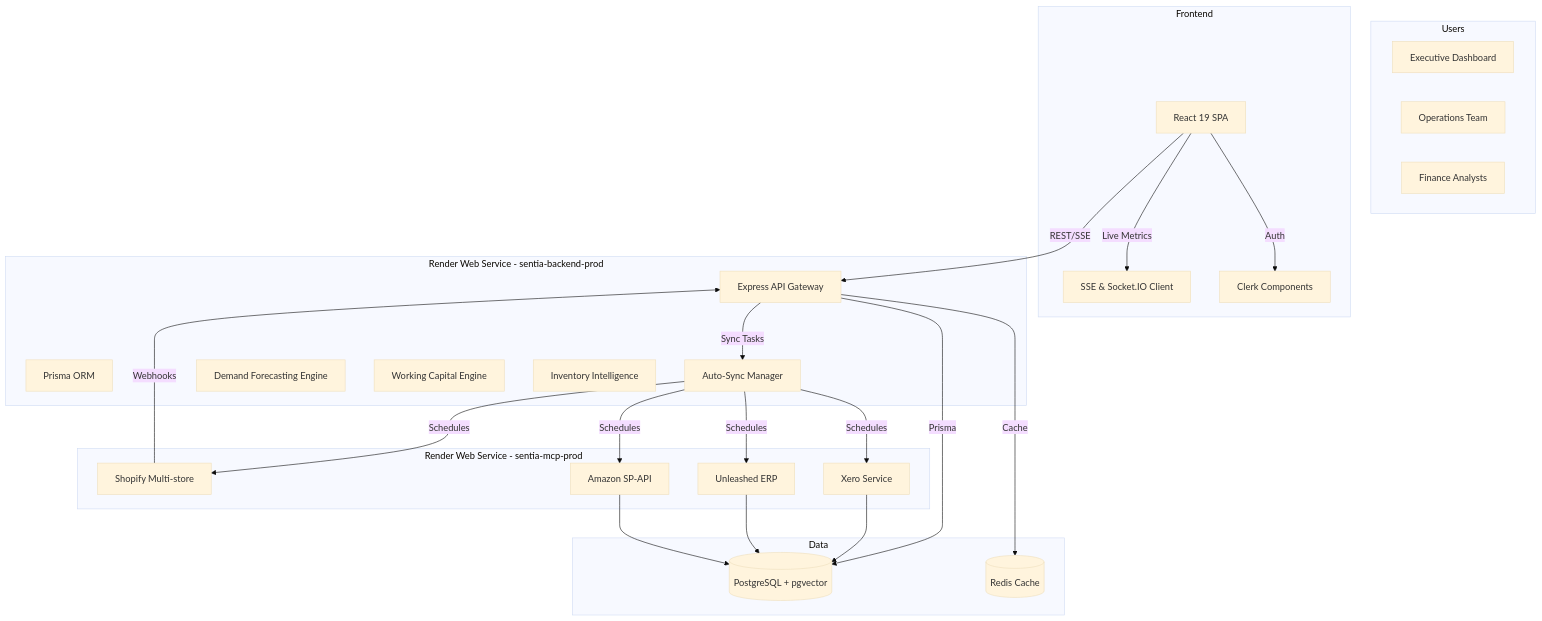
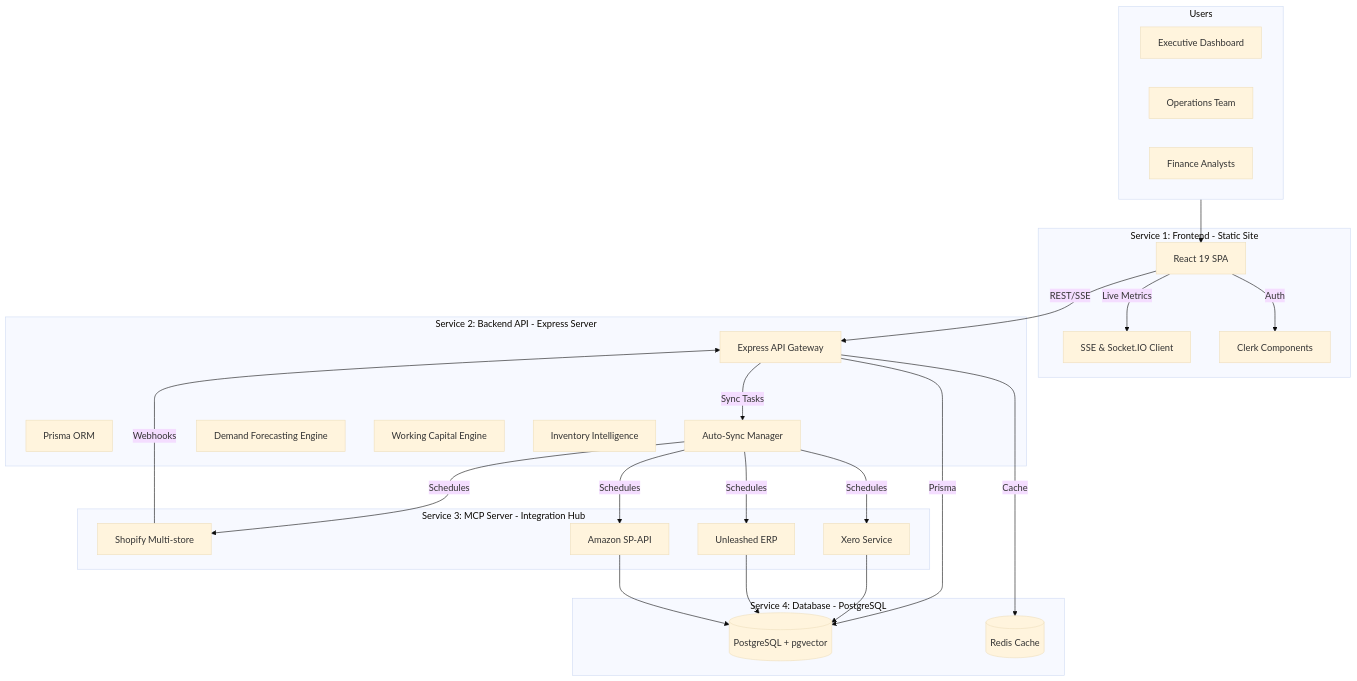
One commit to The-social-drink-company/sentia-ai-manufacturing-app changed the diagram in FINAL_IMPLEMENTATION_GUIDE.md. Above: the diagram before and after it, drawn with Mermaid (base theme). The commit also changed other lines of this file and 8 other files, not shown here.

````diff
--- a/FINAL_IMPLEMENTATION_GUIDE.md
+++ b/FINAL_IMPLEMENTATION_GUIDE.md
@@ -18,50 +22,51 @@
 ```mermaid
 graph TB
   subgraph Users
     Execs[Executive Dashboard]
     Ops[Operations Team]
     Finance[Finance Analysts]
   end
 
-  subgraph Frontend
+  subgraph Service1[Service 1: Frontend - Static Site]
     ReactApp[React 19 SPA]
     SSE[SSE & Socket.IO Client]
     ClerkUI[Clerk Components]
   end
 
-  subgraph Backend[Render Web Service - sentia-backend-prod]
+  subgraph Service2[Service 2: Backend API - Express Server]
     ExpressAPI[Express API Gateway]
     Prisma[Prisma ORM]
     AutoSync[Auto-Sync Manager]
     ForecastSvc[Demand Forecasting Engine]
     WorkingCapitalSvc[Working Capital Engine]
     InventorySvc[Inventory Intelligence]
   end
 
-  subgraph MCP[Render Web Service - sentia-mcp-prod]
+  subgraph Service3[Service 3: MCP Server - Integration Hub]
     ShopifySvc[Shopify Multi-store]
     XeroSvc[Xero Service]
     AmazonSvc[Amazon SP-API]
     UnleashedSvc[Unleashed ERP]
   end
 
-  subgraph Data
+  subgraph Service4[Service 4: Database - PostgreSQL]
     Postgres[(PostgreSQL + pgvector)]
     Redis[(Redis Cache)]
   end
 
+  Users --> ReactApp
   ReactApp -- Auth --> ClerkUI
   ReactApp -- REST/SSE --> ExpressAPI
   ExpressAPI -- Prisma --> Postgres
   ExpressAPI -- Cache --> Redis
   ExpressAPI -- Sync Tasks --> AutoSync
   AutoSync -- Schedules --> ShopifySvc
   AutoSync -- Schedules --> XeroSvc
   AutoSync -- Schedules --> AmazonSvc
   AutoSync -- Schedules --> UnleashedSvc
   ShopifySvc -- Webhooks --> ExpressAPI
   XeroSvc --> Postgres
   UnleashedSvc --> Postgres
   AmazonSvc --> Postgres
   ReactApp -- Live Metrics --> SSE
 ```
````
